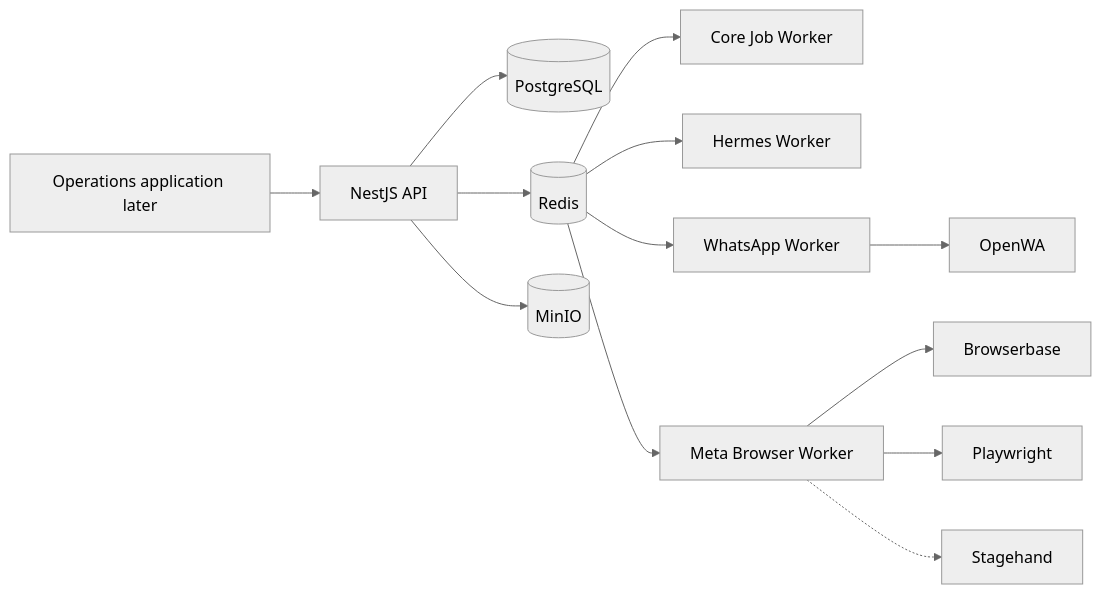
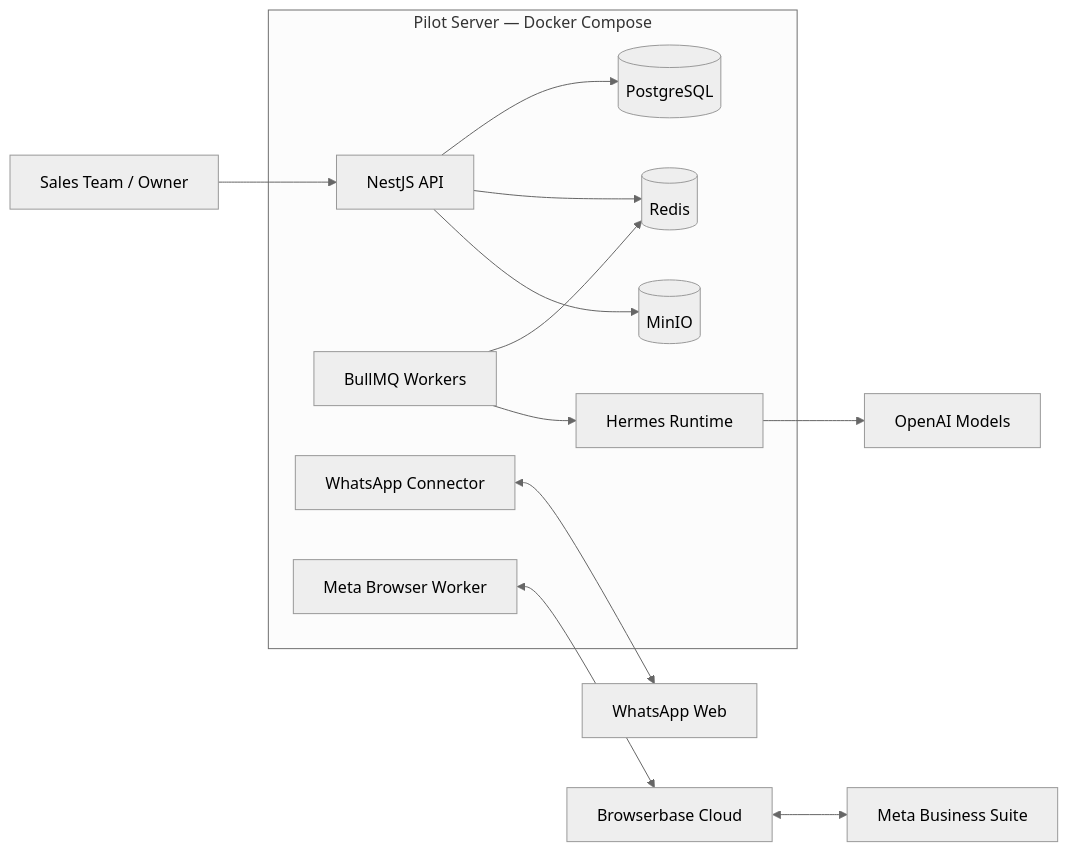
Before and after one commit to Metwally-Sayed/ai-sales-automation-architecture: the sixth of 6 diagrams in README.md, drawn with Mermaid (neutral theme). The commit also changed other lines of this file, not shown here.

Commit message:
docs: replace mega diagram with clear architecture views

````diff
--- a/README.md
+++ b/README.md
@@ -491,18 +319,31 @@
 ```mermaid
 flowchart LR
-    WEB["Operations application later"] --> API["NestJS API"]
+    USERS["Sales Team / Owner"]
 
-    API --> POSTGRES[("PostgreSQL")]
-    API --> REDIS[("Redis")]
-    API --> STORAGE[("MinIO")]
+    subgraph PILOT["Pilot Server — Docker Compose"]
+        API["NestJS API"]
+        JOBS["BullMQ Workers"]
+        HERMES["Hermes Runtime"]
+        WA_WORKER["WhatsApp Connector"]
+        META_WORKER["Meta Browser Worker"]
+        POSTGRES[("PostgreSQL")]
+        REDIS[("Redis")]
+        STORAGE[("MinIO")]
+    end
 
-    REDIS --> CORE_WORKER["Core Job Worker"]
-    REDIS --> HERMES_WORKER["Hermes Worker"]
-    REDIS --> WA_WORKER["WhatsApp Worker"]
-    REDIS --> META_WORKER["Meta Browser Worker"]
+    BROWSERBASE["Browserbase Cloud"]
+    OPENAI["OpenAI Models"]
+    WA["WhatsApp Web"]
+    META["Meta Business Suite"]
 
-    WA_WORKER --> OPENWA["OpenWA"]
-    META_WORKER --> BROWSERBASE["Browserbase"]
-    META_WORKER --> PLAYWRIGHT["Playwright"]
-    META_WORKER -.-> STAGEHAND["Stagehand"]
+    USERS --> API
+    API --> POSTGRES
+    API --> REDIS
+    API --> STORAGE
+    JOBS --> REDIS
+    JOBS --> HERMES
+    HERMES --> OPENAI
+    WA_WORKER <--> WA
+    META_WORKER <--> BROWSERBASE
+    BROWSERBASE <--> META
 ```
````
